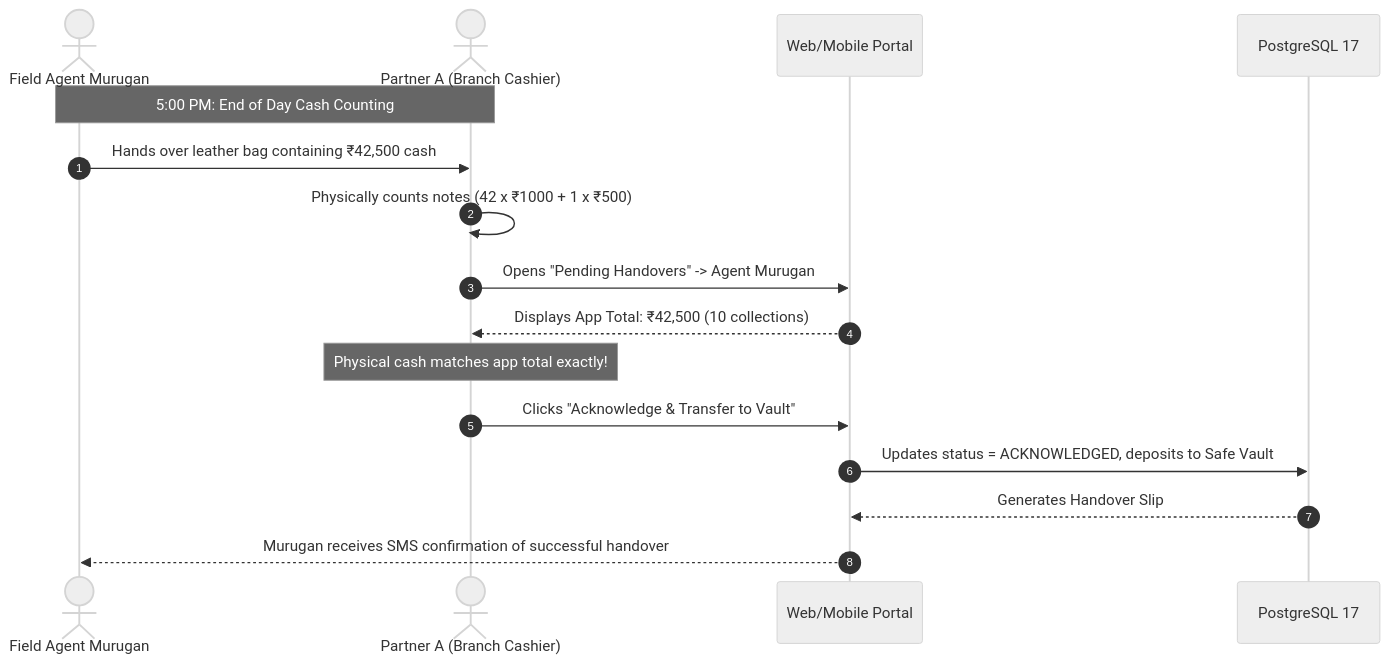
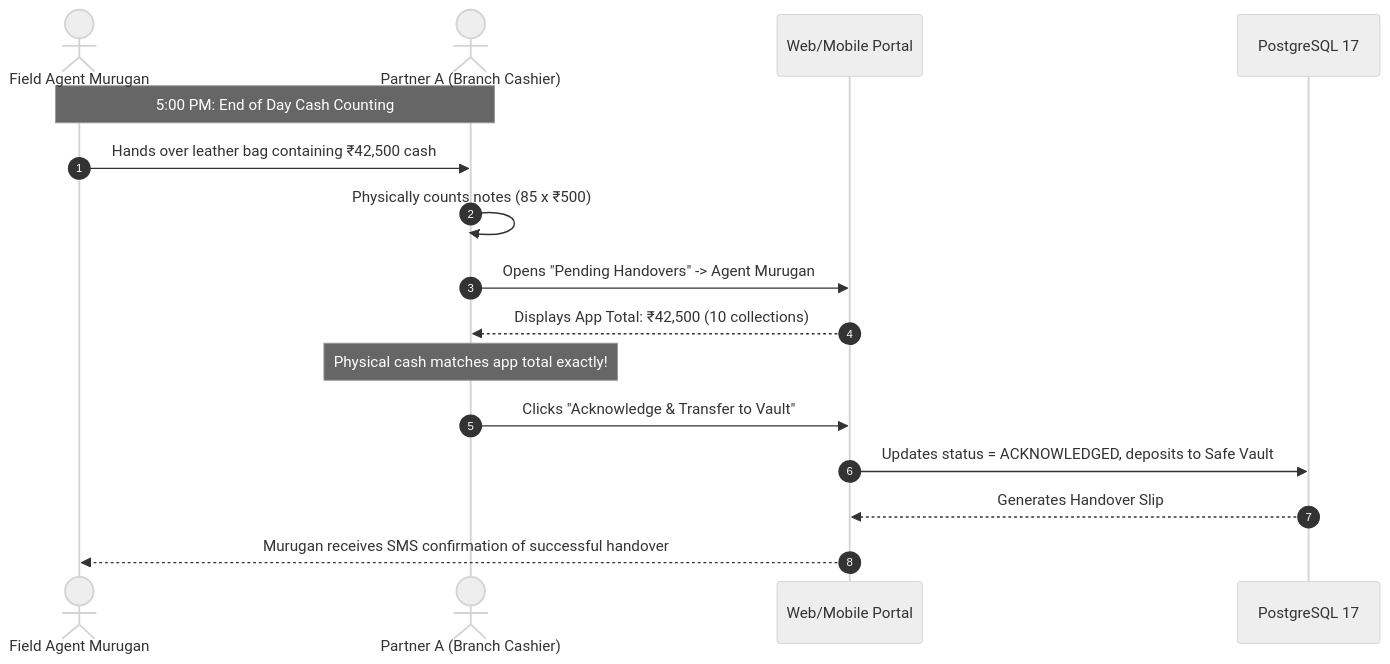
Before and after one commit to Kathir-24/Kumaran-finance: the fourth of 4 diagrams in docs/02-requirements/educational-guides/persona-1-super-admin.md, drawn with Mermaid (neutral theme). The commit also changed other lines of this file and 4 other files, not shown here.

````diff
--- a/docs/02-requirements/educational-guides/persona-1-super-admin.md
+++ b/docs/02-requirements/educational-guides/persona-1-super-admin.md
@@ -280,19 +280,19 @@
 ```mermaid
 sequenceDiagram
     autonumber
     actor A as Field Agent Murugan
     actor P as Partner A (Branch Cashier)
     participant UI as Web/Mobile Portal
     participant DB as PostgreSQL 17
 
     Note over A,P: 5:00 PM: End of Day Cash Counting
     A->>P: Hands over leather bag containing ₹42,500 cash
-    P->>P: Physically counts notes (42 x ₹1000 + 1 x ₹500)
+    P->>P: Physically counts notes (85 x ₹500)
     P->>UI: Opens "Pending Handovers" -> Agent Murugan
     UI-->>P: Displays App Total: ₹42,500 (10 collections)
     Note over P: Physical cash matches app total exactly!
     P->>UI: Clicks "Acknowledge & Transfer to Vault"
     UI->>DB: Updates status = ACKNOWLEDGED, deposits to Safe Vault
     DB-->>UI: Generates Handover Slip #HO-2026-0089
     UI-->>A: Murugan receives SMS confirmation of successful handover
 ```
````
